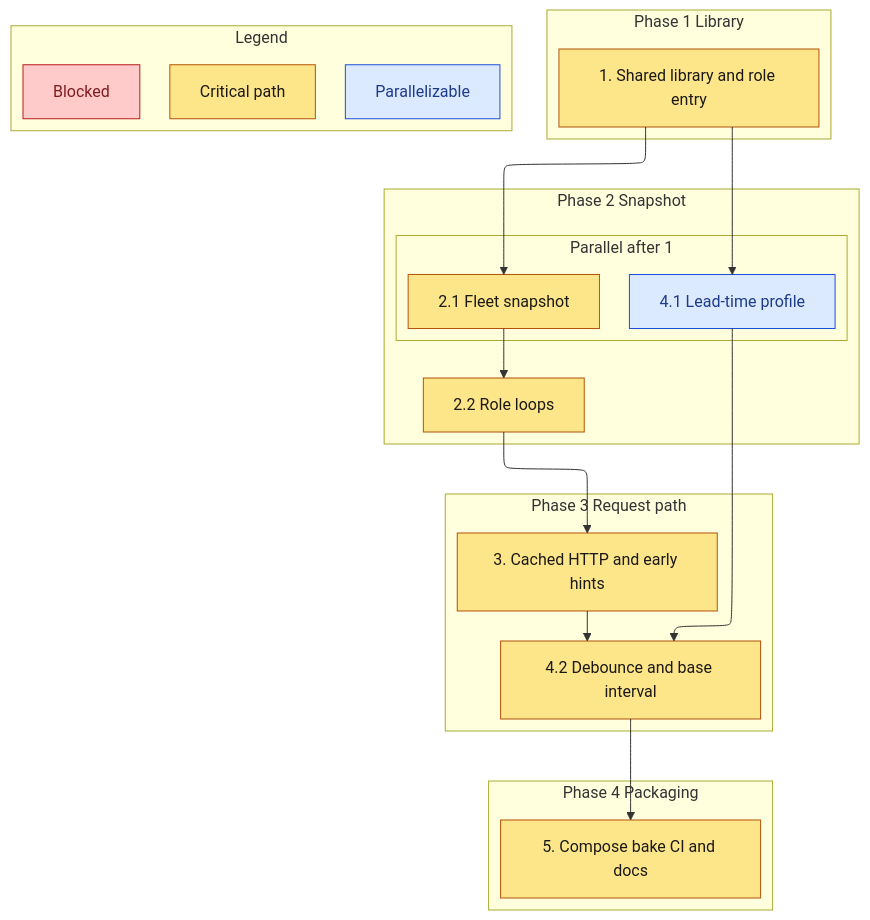
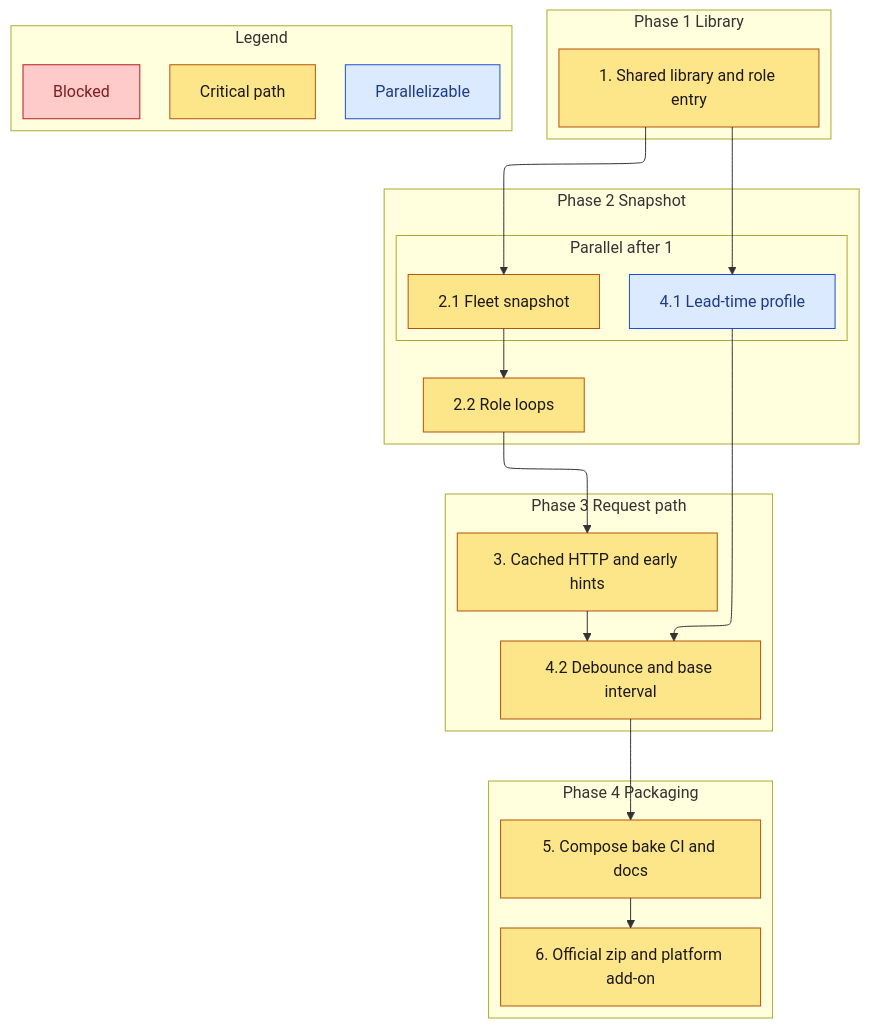
The diagram in .kiro/specs/three-feed-containers/tasks.md (sohampatwardhan/Amtrak-GTFS-RT), drawn with Mermaid before and after one commit. The commit also changed other lines of this file and 17 other files, not shown here.

First line of the commit message:
Publish Amtrak's official GTFS beside a platform add-on.

````diff
--- a/.kiro/specs/three-feed-containers/tasks.md
+++ b/.kiro/specs/three-feed-containers/tasks.md
@@ -35,44 +39,46 @@
 ```mermaid
 ---
 config:
   layout: elk
 ---
 flowchart TB
   subgraph phase1 [Phase 1 Library]
     t1["1. Shared library and role entry"]
   end
   subgraph phase2 [Phase 2 Snapshot]
     subgraph parallel2 [Parallel after 1]
       t21["2.1 Fleet snapshot"]
       t41["4.1 Lead-time profile"]
     end
     t22["2.2 Role loops"]
   end
   subgraph phase3 [Phase 3 Request path]
     t3["3. Cached HTTP and early hints"]
     t42["4.2 Debounce and base interval"]
   end
   subgraph phase4 [Phase 4 Packaging]
     t5["5. Compose bake CI and docs"]
+    t6["6. Official zip and platform add-on"]
   end
   subgraph legend [Legend]
     legCrit["Critical path"]
     legPar["Parallelizable"]
     legBlock["Blocked"]
   end
   t1 --> t21
   t1 --> t41
   t21 --> t22
   t22 --> t3
   t41 --> t42
   t3 --> t42
   t42 --> t5
+  t5 --> t6
   classDef critical fill:#fde68a,stroke:#b45309,color:#1c1917
   classDef parallel fill:#dbeafe,stroke:#1d4ed8,color:#1e3a8a
   classDef blocked fill:#fecaca,stroke:#b91c1c,color:#7f1d1d
-  class t1,t21,t22,t3,t42,t5 critical
+  class t1,t21,t22,t3,t42,t5,t6 critical
   class t41 parallel
   class legCrit critical
   class legPar parallel
   class legBlock blocked
 ```
````
